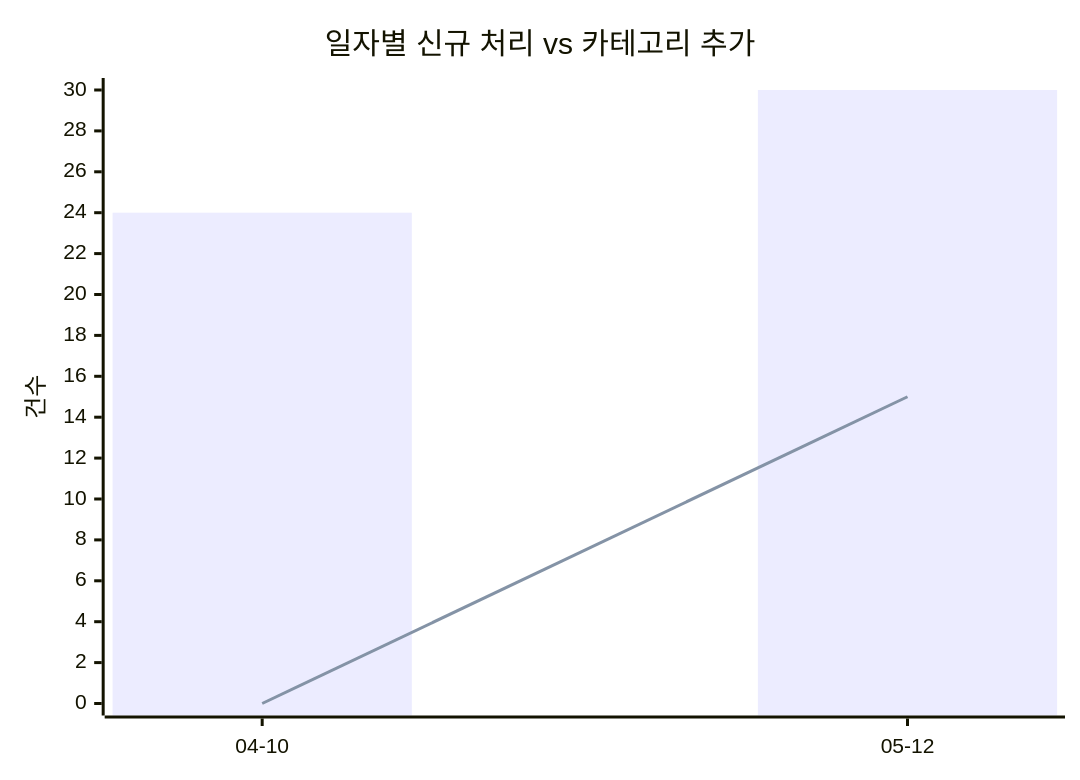
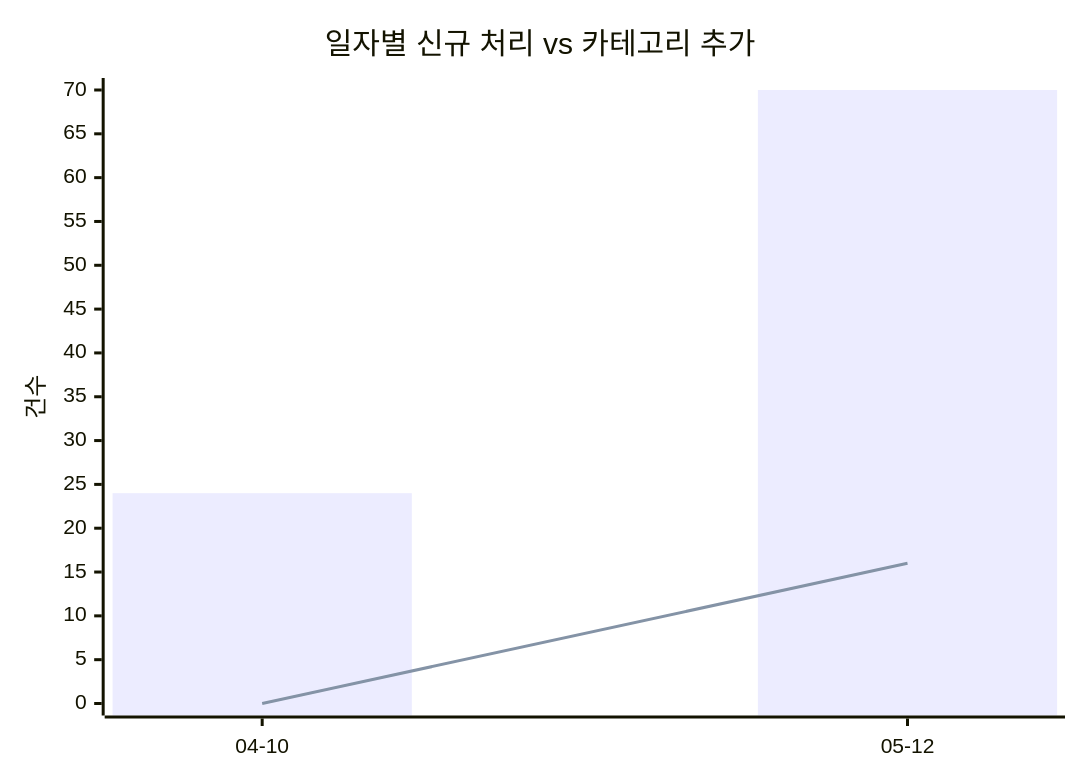
The first of 2 diagrams in docs/trends.md (J-nowcow/awesome-korean-agent-skills), drawn with Mermaid before and after one commit. The commit also changed other lines of this file and 4 other files, not shown here.

````diff
--- a/docs/trends.md
+++ b/docs/trends.md
@@ -32,8 +32,8 @@
 ```mermaid
 xychart-beta
     title "일자별 신규 처리 vs 카테고리 추가"
     x-axis ["04-10","05-12"]
     y-axis "건수"
-    bar [24,30]
-    line [0,15]
+    bar [24,70]
+    line [0,16]
 ```
````
